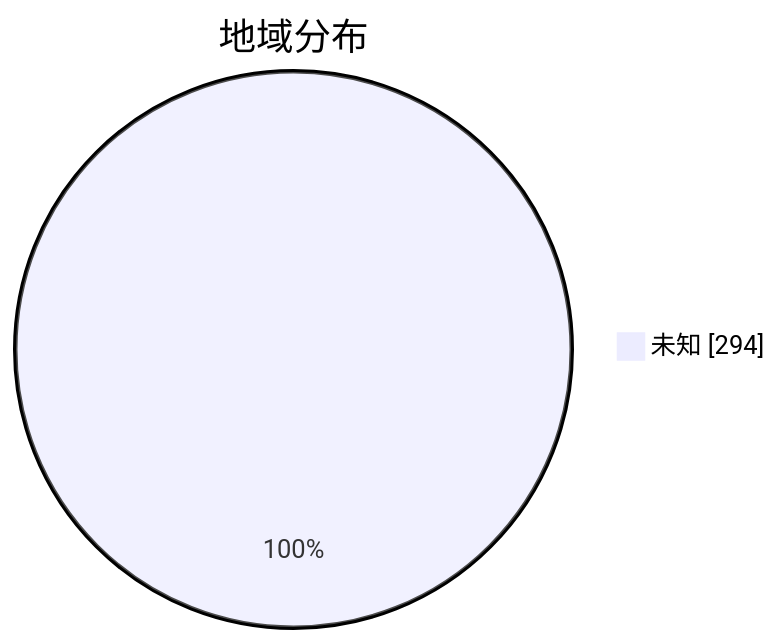
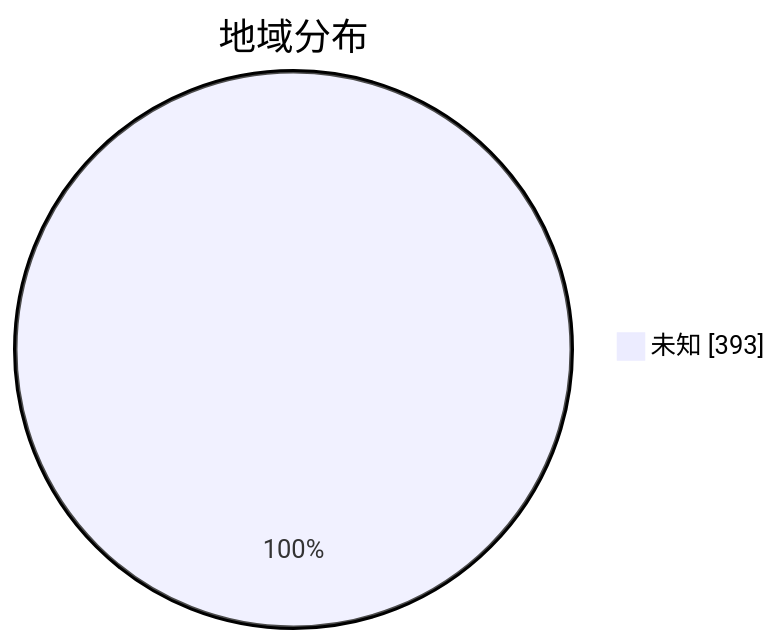
The second of 3 diagrams in subs/statistics/tested_within.md (qjlxg/airport), drawn with Mermaid before and after one commit. The commit also changed other lines of this file and 2 other files, not shown here.

````diff
--- a/subs/statistics/tested_within.md
+++ b/subs/statistics/tested_within.md
@@ -12,5 +14,5 @@
 ```mermaid
 pie showData
 title 地域分布
-"未知" : 294
+"未知" : 393
 ```
````
